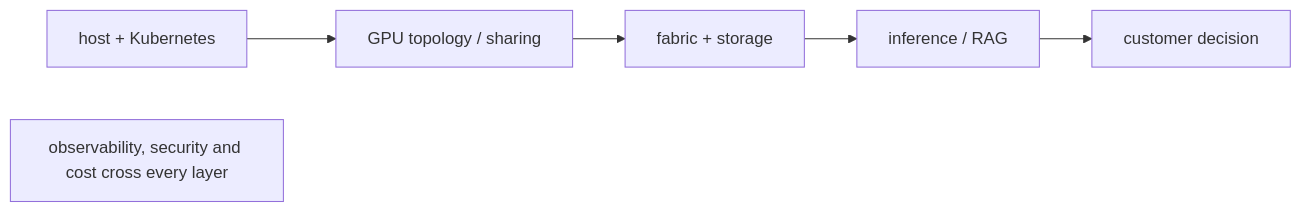
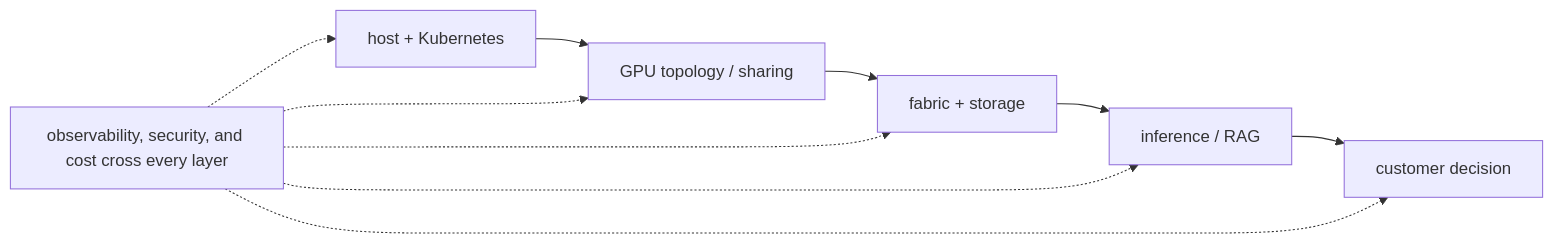
One commit to jithinpnjm/nvidia-devops changed the diagram in docs/volume-09/22-current-role-family-signals-to-be-able-to-discuss.md. Above: the diagram before and after it, drawn with Mermaid. The commit also changed other lines of this file and 99 other files, not shown here.

````diff
--- a/docs/volume-09/22-current-role-family-signals-to-be-able-to-discuss.md
+++ b/docs/volume-09/22-current-role-family-signals-to-be-able-to-discuss.md
@@ -25,14 +29,10 @@
 ```mermaid
 flowchart LR
-  %% Converted from the original ASCII diagram; source wording is preserved.
-  n0["host + Kubernetes"]
-  n1["GPU topology / sharing"]
-  n2["fabric + storage"]
-  n3["inference / RAG"]
-  n4["customer decision"]
-  n5["observability, security and cost cross every layer"]
-  n0 --> n1
-  n1 --> n2
-  n2 --> n3
-  n3 --> n4
+  Host["host + Kubernetes"] --> GPU["GPU topology / sharing"] --> Fabric["fabric + storage"]
+  Fabric --> Inference["inference / RAG"] --> Decision["customer decision"]
+  Cross["observability, security, and cost cross every layer"] -.-> Host
+  Cross -.-> GPU
+  Cross -.-> Fabric
+  Cross -.-> Inference
+  Cross -.-> Decision
 ```
````
